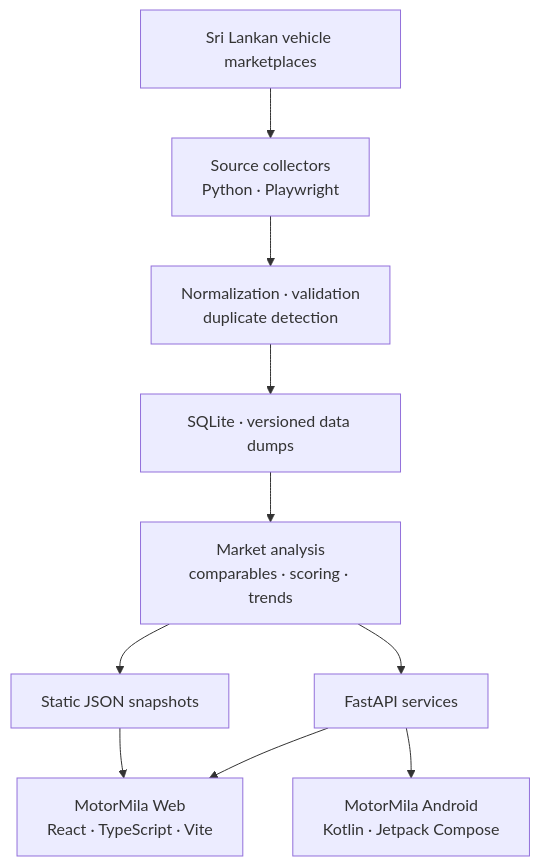
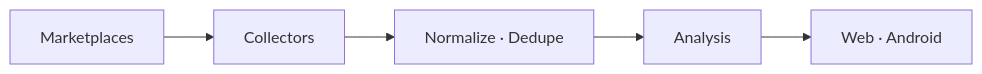
The diagram in README.md (SuvenSeo/MotorMila), drawn with Mermaid before and after one commit. The commit also changed other lines of this file, not shown here.

```diff
--- a/README.md
+++ b/README.md
@@ -164,12 +112,7 @@
 ~~~mermaid
-flowchart TD
-    A["Sri Lankan vehicle marketplaces"] --> B["Source collectors<br/>Python · Playwright"]
-    B --> C["Normalization · validation<br/>duplicate detection"]
-    C --> D["SQLite · versioned data dumps"]
-    D --> E["Market analysis<br/>comparables · scoring · trends"]
-    E --> F["Static JSON snapshots"]
-    E --> G["FastAPI services"]
-    F --> H["MotorMila Web<br/>React · TypeScript · Vite"]
-    G --> H
-    G --> I["MotorMila Android<br/>Kotlin · Jetpack Compose"]
+flowchart LR
+    A["Marketplaces"] --> B["Collectors"]
+    B --> C["Normalize · Dedupe"]
+    C --> D["Analysis"]
+    D --> E["Web · Android"]
 ~~~
```
